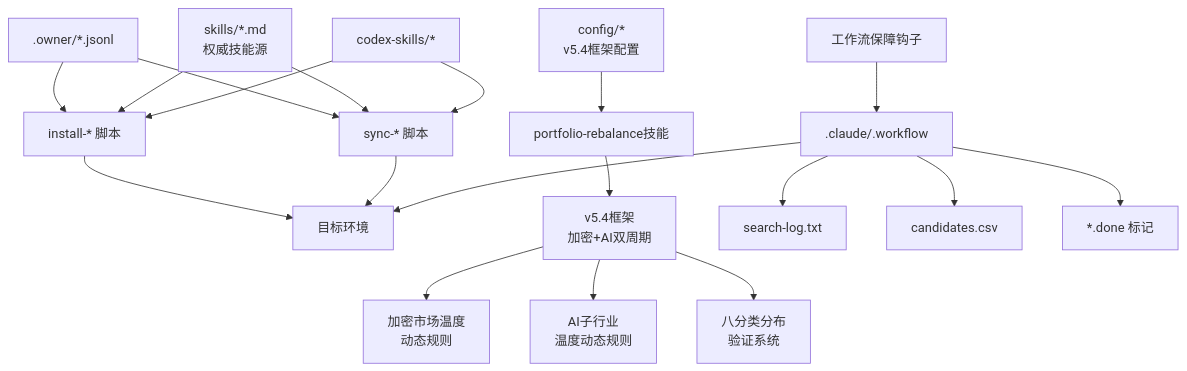
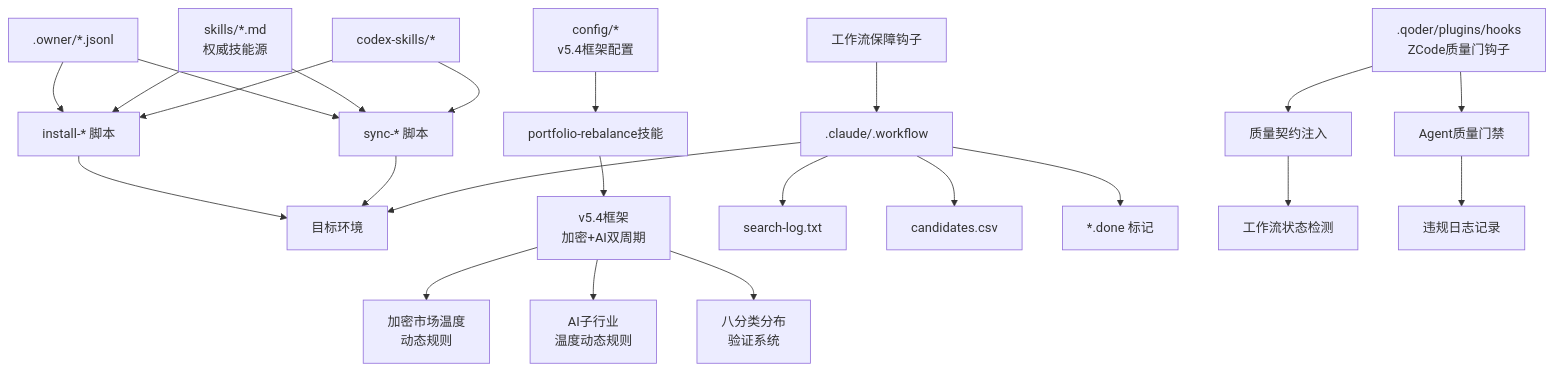
Before and after one commit to Ted-Engineer/ai-berkshire: the ninth of 9 diagrams in .qoder/repowiki/zh/content/配置管理/配置管理.md, drawn with Mermaid. The commit also changed other lines of this file and 76 other files, not shown here.

````diff
--- a/.qoder/repowiki/zh/content/配置管理/配置管理.md
+++ b/.qoder/repowiki/zh/content/配置管理/配置管理.md
@@ -506,21 +595,25 @@
 ```mermaid
 graph TB
 J[".owner/*.jsonl"] --> I1["install-* 脚本"]
 J --> S1["sync-* 脚本"]
 P["skills/*.md<br/>权威技能源"] --> I1
 P --> S1
 SK["codex-skills/*"] --> I1
 SK --> S1
 M["config/*<br/>v5.4框架配置"] --> PR["portfolio-rebalance技能"]
 I1 --> T["目标环境"]
 S1 --> T
 PR --> K["v5.4框架<br/>加密+AI双周期"]
 K --> C["加密市场温度<br/>动态规则"]
 K --> A["AI子行业<br/>温度动态规则"]
 K --> V["八分类分布<br/>验证系统"]
 H["工作流保障钩子"] --> W[".claude/.workflow"]
 W --> T
 W --> SL["search-log.txt"]
 W --> CF["candidates.csv"]
 W --> DF["*.done 标记"]
+ZQ[".qoder/plugins/hooks<br/>ZCode质量门钩子"] --> QC["质量契约注入"]
+QC --> WC["工作流状态检测"]
+ZQ --> AQ["Agent质量门禁"]
+AQ --> VL["违规日志记录"]
 ```
````
